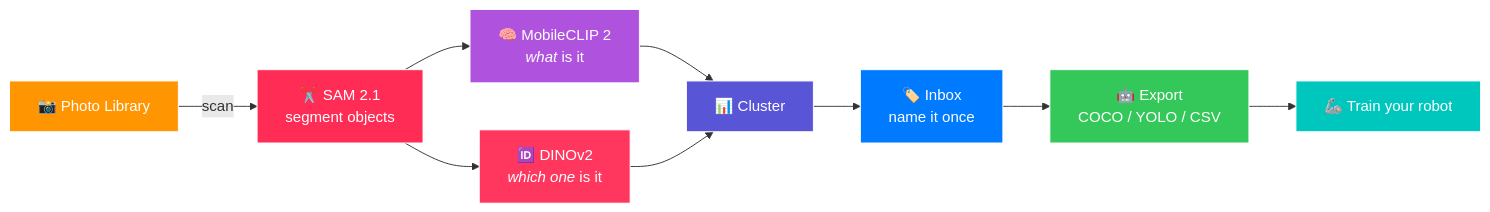
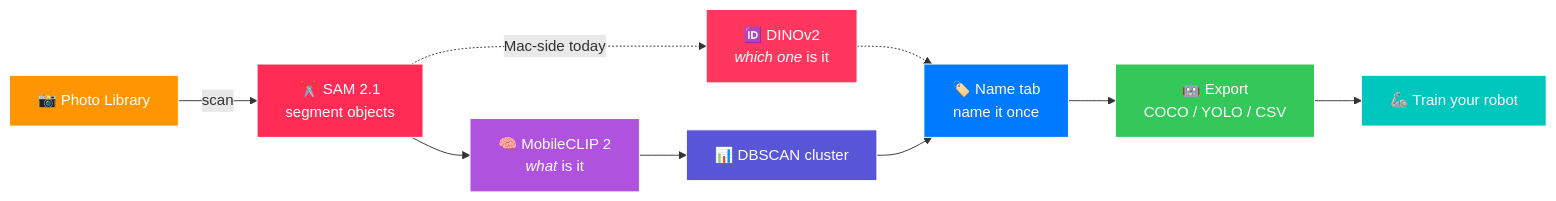
The diagram in README.md (nicedreamzapp/VisionBuilder), drawn with Mermaid before and after one commit. The commit also changed other lines of this file, not shown here.

````diff
--- a/README.md
+++ b/README.md
@@ -181,20 +210,20 @@
 ```mermaid
 flowchart LR
     A[📸 Photo Library] -->|scan| B[✂️ SAM 2.1<br/>segment objects]
     B --> C[🧠 MobileCLIP 2<br/><i>what</i> is it]
-    B --> H[🆔 DINOv2<br/><i>which one</i> is it]
-    C --> D[📊 Cluster]
-    H --> D
-    D --> E[🏷️ Inbox<br/>name it once]
+    B -.->|Mac-side today| H[🆔 DINOv2<br/><i>which one</i> is it]
+    C --> D[📊 DBSCAN cluster]
+    H -.-> E
+    D --> E[🏷️ Name tab<br/>name it once]
     E --> F[🤖 Export<br/>COCO / YOLO / CSV]
     F --> G[🦾 Train your robot]
 
     style A fill:#FF9500,stroke:#fff,color:#fff
     style B fill:#FF2D55,stroke:#fff,color:#fff
     style C fill:#AF52DE,stroke:#fff,color:#fff
     style H fill:#FF375F,stroke:#fff,color:#fff
     style D fill:#5856D6,stroke:#fff,color:#fff
     style E fill:#007AFF,stroke:#fff,color:#fff
     style F fill:#34C759,stroke:#fff,color:#fff
     style G fill:#00C7BE,stroke:#fff,color:#fff
 ```
````
